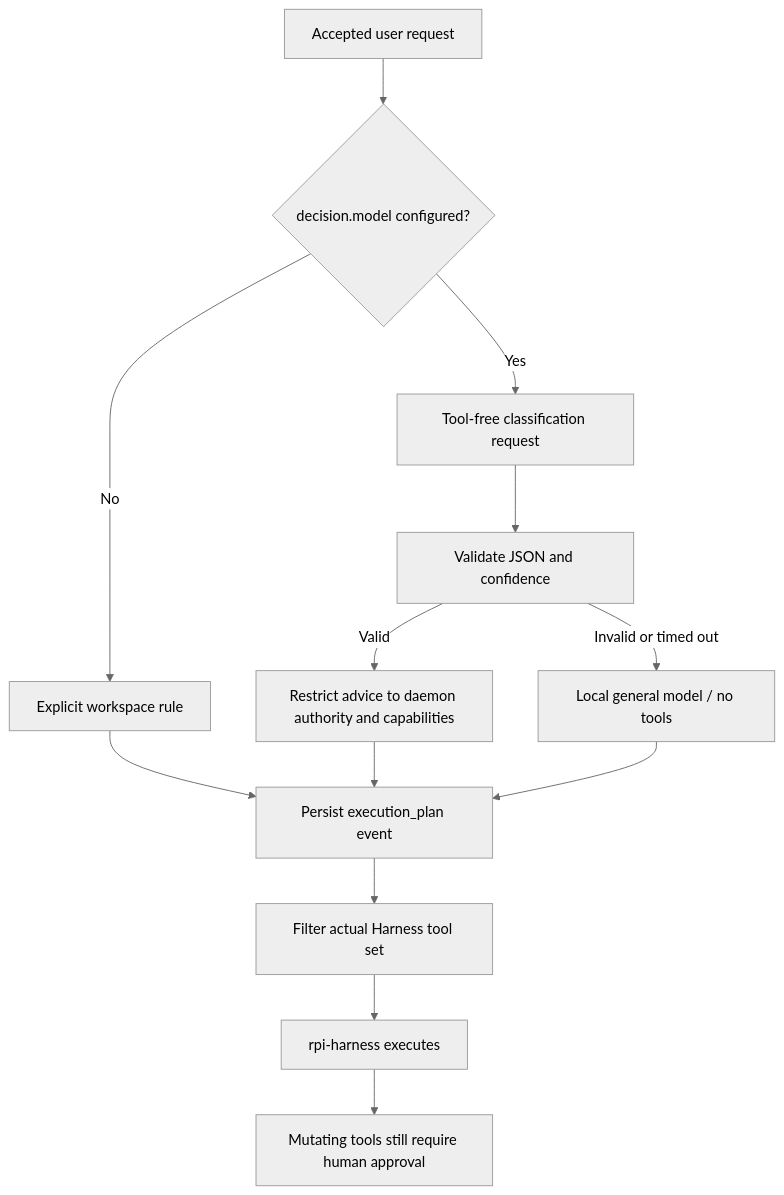
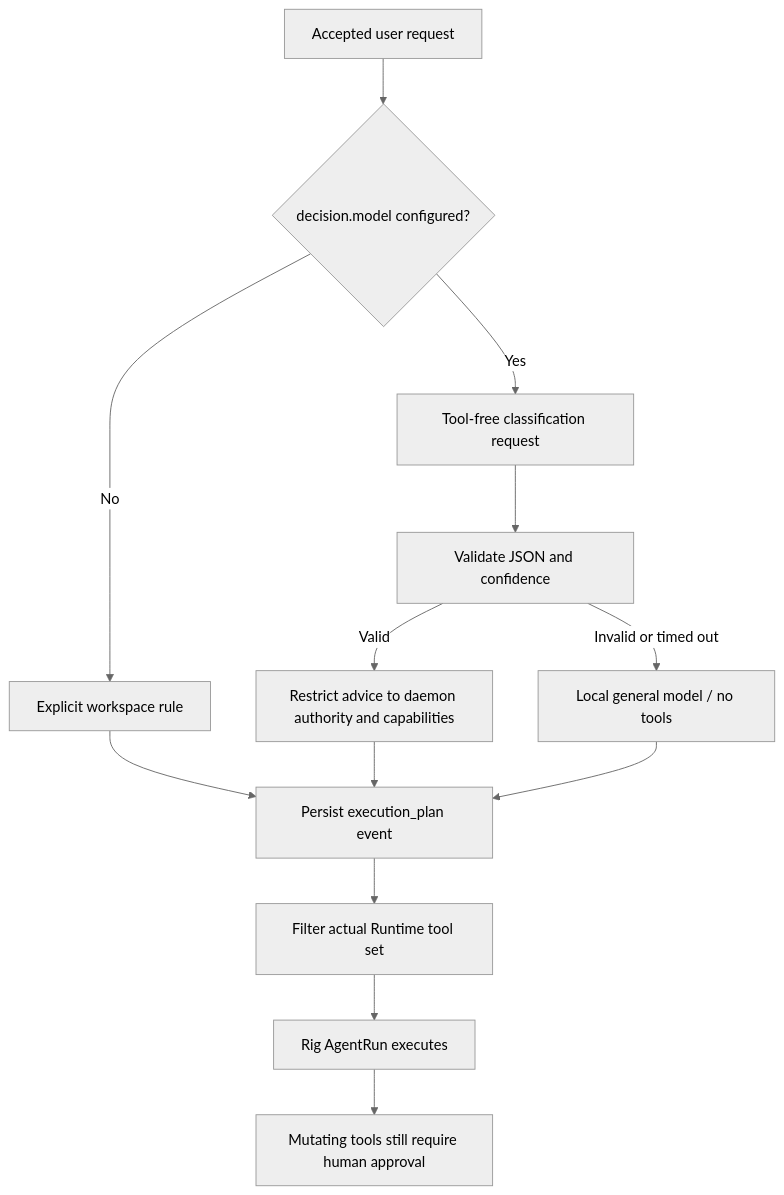
One commit to lyonbrown4d/lyonbrown changed the second of 2 diagrams in docs/en/src/models.md. Above: the diagram before and after it, drawn with Mermaid (neutral theme). The commit also changed other lines of this file and 149 other files, not shown here.

````diff
--- a/docs/en/src/models.md
+++ b/docs/en/src/models.md
@@ -70,15 +70,15 @@
 ```mermaid
 flowchart TB
     Input[Accepted user request] --> Select{decision.model configured?}
     Select -->|No| Rule[Explicit workspace rule]
     Select -->|Yes| Classify[Tool-free classification request]
     Classify --> Validate[Validate JSON and confidence]
     Validate -->|Valid| Clamp[Restrict advice to daemon authority and capabilities]
     Validate -->|Invalid or timed out| Fallback[Local general model / no tools]
     Rule --> Persist[Persist execution_plan event]
     Clamp --> Persist
     Fallback --> Persist
-    Persist --> Filter[Filter actual Harness tool set]
-    Filter --> Run[rpi-harness executes]
+    Persist --> Filter[Filter actual Runtime tool set]
+    Filter --> Run[Rig AgentRun executes]
     Run --> Approval[Mutating tools still require human approval]
 ```
````
